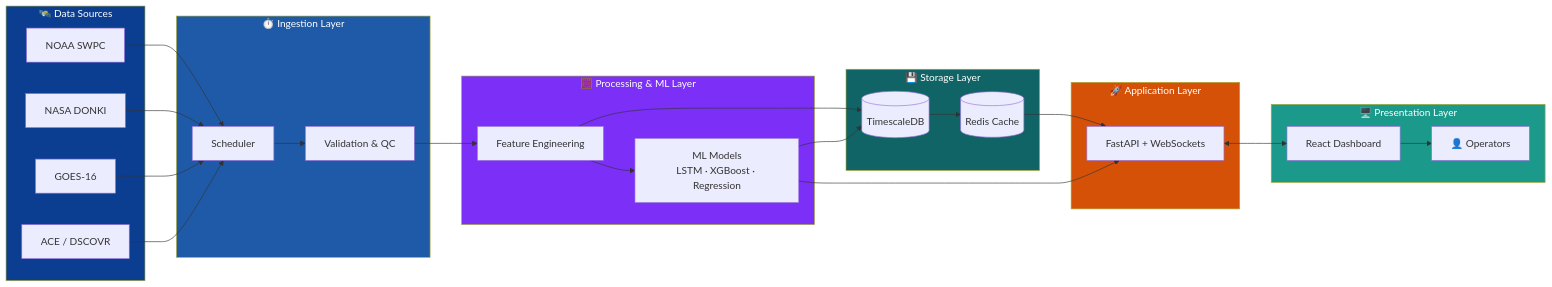
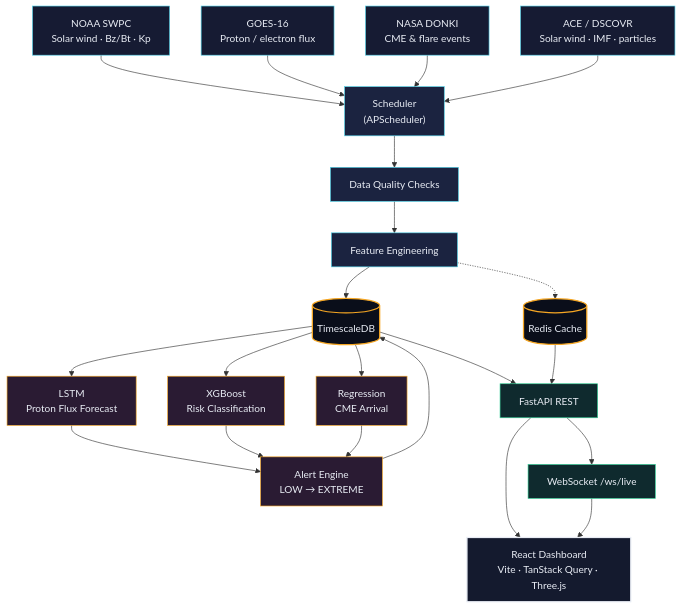
One commit to neil-data/Astra changed the first of 6 diagrams in README.md. Above: the diagram before and after it, drawn with Mermaid. The commit also changed other lines of this file, not shown here.

````diff
--- a/README.md
+++ b/README.md
@@ -123,55 +112,47 @@
 ```mermaid
-flowchart LR
-    subgraph SRC["🛰️ Data Sources"]
-        NOAA[NOAA SWPC]
-        NASA[NASA DONKI]
-        GOES[GOES-16]
-        ACE[ACE / DSCOVR]
-    end
+flowchart TB
+    NOAA["NOAA SWPC<br/>Solar wind · Bz/Bt · Kp"]:::source
+    GOES["GOES-16<br/>Proton / electron flux"]:::source
+    DONKI["NASA DONKI<br/>CME &amp; flare events"]:::source
+    ACE["ACE / DSCOVR<br/>Solar wind · IMF · particles"]:::source
 
-    subgraph ING["⏱️ Ingestion Layer"]
-        SCHED[Scheduler]
-        VALID[Validation & QC]
-    end
+    SCHED["Scheduler<br/>(APScheduler)"]:::pipeline
+    QUAL["Data Quality Checks"]:::pipeline
+    FEAT["Feature Engineering"]:::pipeline
 
-    subgraph PROC["🧮 Processing & ML Layer"]
-        FEAT[Feature Engineering]
-        MODELS[ML Models<br/>LSTM · XGBoost · Regression]
-    end
+    DB[("TimescaleDB")]:::storage
+    CACHE[("Redis Cache")]:::storage
 
-    subgraph STORE["💾 Storage Layer"]
-        TSDB[(TimescaleDB)]
-        CACHE[(Redis Cache)]
-    end
+    LSTM["LSTM<br/>Proton Flux Forecast"]:::ml
+    XGB["XGBoost<br/>Risk Classification"]:::ml
+    REG["Regression<br/>CME Arrival"]:::ml
+    ALERT["Alert Engine<br/>LOW → EXTREME"]:::ml
 
-    subgraph APP["🚀 Application Layer"]
-        API[FastAPI + WebSockets]
-    end
+    API["FastAPI REST"]:::backend
+    WS["WebSocket /ws/live"]:::backend
 
-    subgraph UI["🖥️ Presentation Layer"]
-        FE[React Dashboard]
-        USERS[👤 Operators]
-    end
+    UI["React Dashboard<br/>Vite · TanStack Query · Three.js"]:::frontend
 
     NOAA --> SCHED
-    NASA --> SCHED
     GOES --> SCHED
+    DONKI --> SCHED
     ACE --> SCHED
-    SCHED --> VALID
-    VALID --> FEAT
-    FEAT --> MODELS
-    FEAT --> TSDB
-    MODELS --> TSDB
-    TSDB --> CACHE
+    SCHED --> QUAL --> FEAT --> DB
+    FEAT -.-> CACHE
+    DB --> LSTM --> ALERT
+    DB --> XGB --> ALERT
+    DB --> REG --> ALERT
+    ALERT --> DB
+    DB --> API
     CACHE --> API
-    MODELS --> API
-    API <--> FE
-    FE --> USERS
+    API --> WS
+    API --> UI
+    WS --> UI
 
-    style SRC fill:#0B3D91,color:#fff
-    style ING fill:#1E5AA8,color:#fff
-    style PROC fill:#7B2FF7,color:#fff
-    style STORE fill:#116466,color:#fff
-    style APP fill:#D65108,color:#fff
-    style UI fill:#1B998B,color:#fff
+    classDef source fill:#161B33,stroke:#4FD1E8,color:#E8ECF4,stroke-width:1px
+    classDef pipeline fill:#1B2340,stroke:#4FD1E8,color:#E8ECF4,stroke-width:1px
+    classDef storage fill:#0A0E1A,stroke:#F5A623,color:#E8ECF4,stroke-width:2px
+    classDef ml fill:#2A1B33,stroke:#F5A623,color:#E8ECF4,stroke-width:1px
+    classDef backend fill:#0F2A2E,stroke:#34D399,color:#E8ECF4,stroke-width:1px
+    classDef frontend fill:#141A2E,stroke:#E8ECF4,color:#E8ECF4,stroke-width:2px
 ```
````
